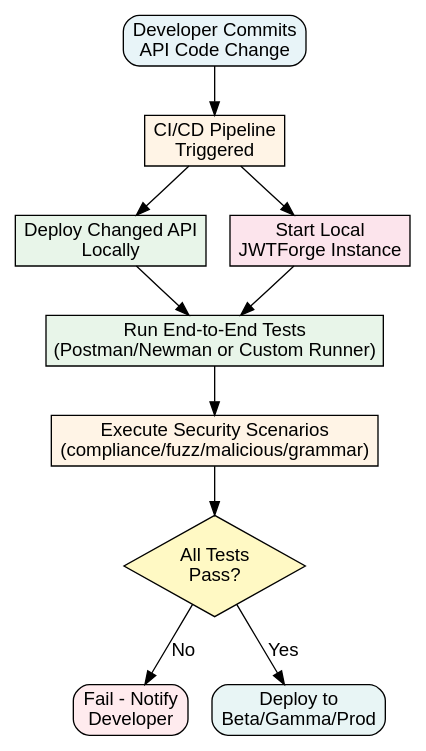
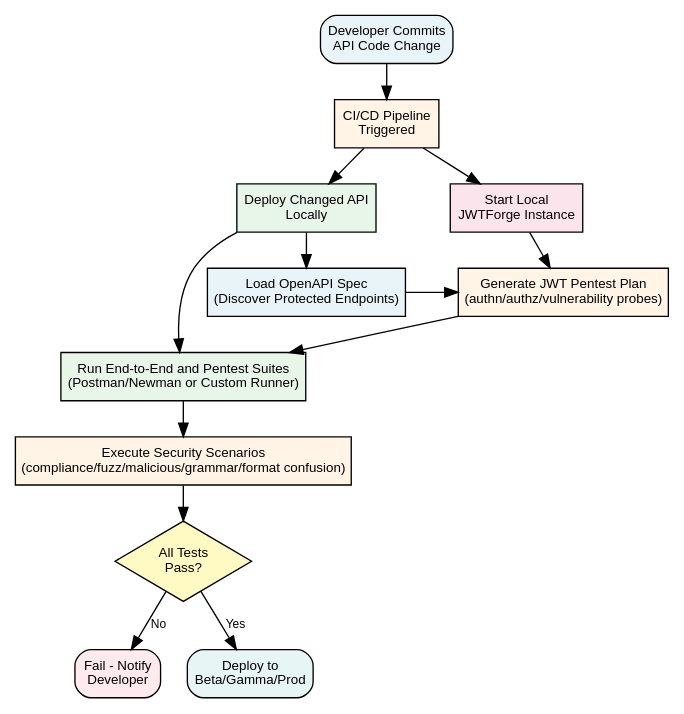
The diagram in paper/images/graphviz/jwtforge-cicd-workflow.dot (abhishektiwari/jwtforge), drawn with Graphviz before and after one commit. The commit also changed 24 other files, not shown here.

First line of the commit message:
Add JWT Format Confusion

```diff
--- a/paper/images/graphviz/jwtforge-cicd-workflow.dot
+++ b/paper/images/graphviz/jwtforge-cicd-workflow.dot
@@ -1,26 +1,36 @@
 digraph cicd_workflow {
     fontname="Helvetica,Arial,sans-serif"
-    node [fontname="Helvetica,Arial,sans-serif", style=filled]
-    edge [fontname="Helvetica,Arial,sans-serif"]
+    graph [ranksep=0.35, nodesep=0.28, margin=0.03]
+    node [fontname="Helvetica,Arial,sans-serif", fontsize=10, margin="0.08,0.05", style=filled]
+    edge [fontname="Helvetica,Arial,sans-serif", fontsize=9]
     rankdir=TB;
 
     commit [label="Developer Commits\nAPI Code Change", shape=box, fillcolor="#E8F4F8", style="filled,rounded"]
     trigger [label="CI/CD Pipeline\nTriggered", shape=box, fillcolor="#FFF4E6"]
     deploy_local [label="Deploy Changed API\nLocally", shape=box, fillcolor="#E8F5E9"]
     jwtforge [label="Start Local\nJWTForge Instance", shape=box, fillcolor="#FCE4EC"]
-    postman [label="Run End-to-End Tests\n(Postman/Newman or Custom Runner)", shape=box, fillcolor="#E8F5E9"]
-    security_test [label="Execute Security Scenarios\n(compliance/fuzz/malicious/grammar)", shape=box, fillcolor="#FFF4E6"]
+    openapi [label="Load OpenAPI Spec\n(Discover Protected Endpoints)", shape=box, fillcolor="#E8F4F8"]
+    pentest [label="Generate JWT Pentest Plan\n(authn/authz/vulnerability probes)", shape=box, fillcolor="#FFF4E6"]
+    postman [label="Run End-to-End and Pentest Suites\n(Postman/Newman or Custom Runner)", shape=box, fillcolor="#E8F5E9"]
+    security_test [label="Execute Security Scenarios\n(compliance/fuzz/malicious/grammar/format confusion)", shape=box, fillcolor="#FFF4E6"]
     decision [label="All Tests\nPass?", shape=diamond, fillcolor="#FFF9C4"]
     fail [label="Fail - Notify\nDeveloper", shape=box, fillcolor="#FFEBEE", style="filled,rounded"]
     deploy_beta [label="Deploy to\nBeta/Gamma/Prod", shape=box, fillcolor="#E8F5F5", style="filled,rounded"]
 
+    { rank=same; deploy_local; jwtforge }
+    { rank=same; openapi; pentest }
+    { rank=same; fail; deploy_beta }
+
     commit -> trigger
     trigger -> deploy_local
     trigger -> jwtforge
+    deploy_local -> openapi
+    openapi -> pentest
+    jwtforge -> pentest
+    pentest -> postman
     deploy_local -> postman
-    jwtforge -> postman
     postman -> security_test
     security_test -> decision
     decision -> fail [label="No"]
     decision -> deploy_beta [label="Yes"]
 }
```
